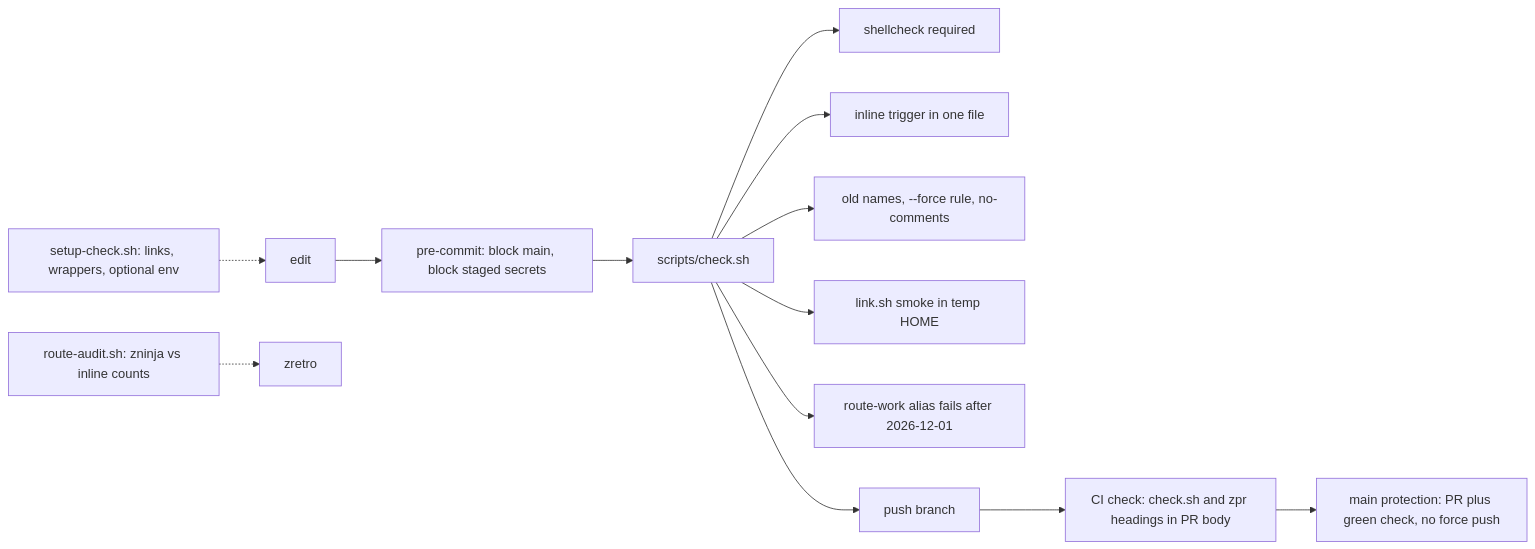
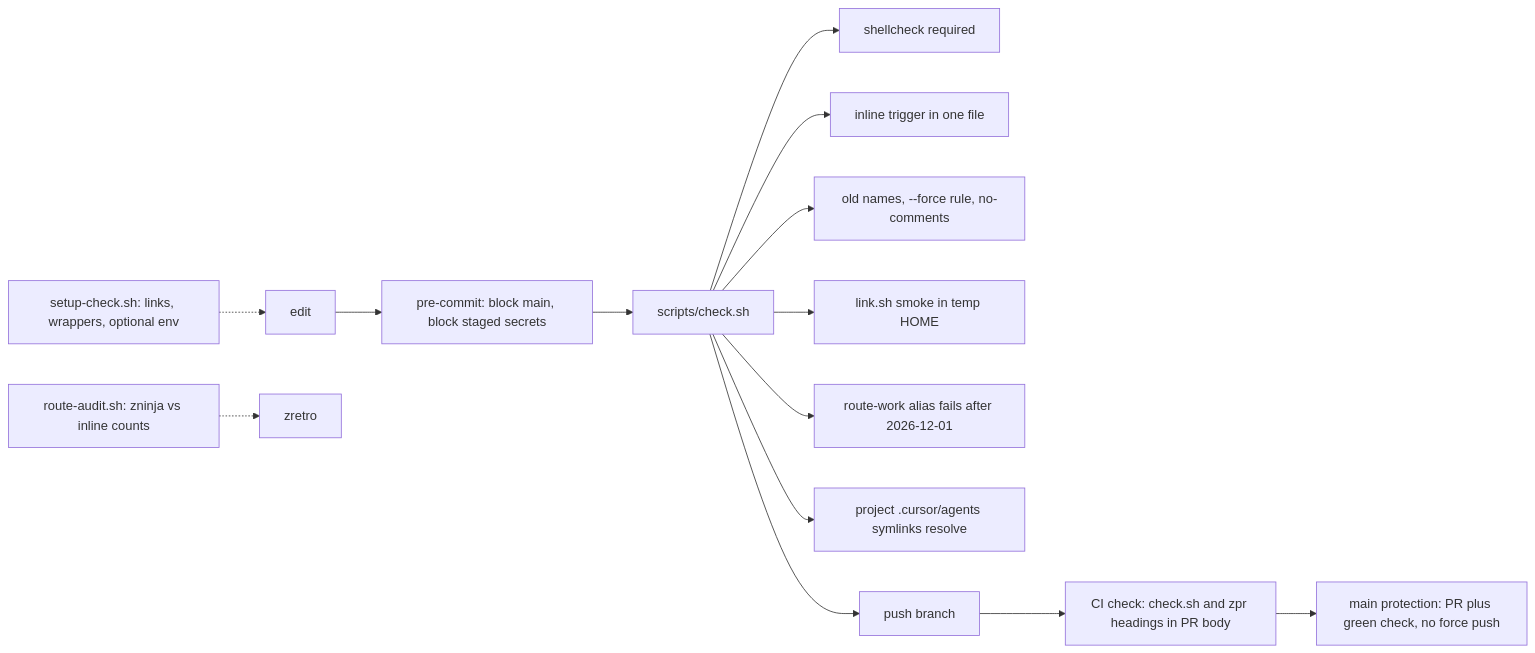
One commit to Byevenes/agent-workflow changed the third of 3 diagrams in docs/architecture.md. Above: the diagram before and after it, drawn with Mermaid. The commit also changed other lines of this file and 9 other files, not shown here.

First line of the commit message:
fix(zstack): register agents in the project directory (#64)

````diff
--- a/docs/architecture.md
+++ b/docs/architecture.md
@@ -59,15 +62,16 @@
 ```mermaid
 flowchart LR
   edit[edit] --> pc[pre-commit: block main, block staged secrets]
   pc --> chk[scripts/check.sh]
   chk --> c1[shellcheck required]
   chk --> c2[inline trigger in one file]
   chk --> c3[old names, --force rule, no-comments]
   chk --> c4[link.sh smoke in temp HOME]
   chk --> c5[route-work alias fails after 2026-12-01]
+  chk --> c6[project .cursor/agents symlinks resolve]
   chk --> push[push branch]
   push --> ci[CI check: check.sh and zpr headings in PR body]
   ci --> prot[main protection: PR plus green check, no force push]
   setup[setup-check.sh: links, wrappers, optional env] -.-> edit
   audit[route-audit.sh: zninja vs inline counts] -.-> retro[zretro]
 ```
````
